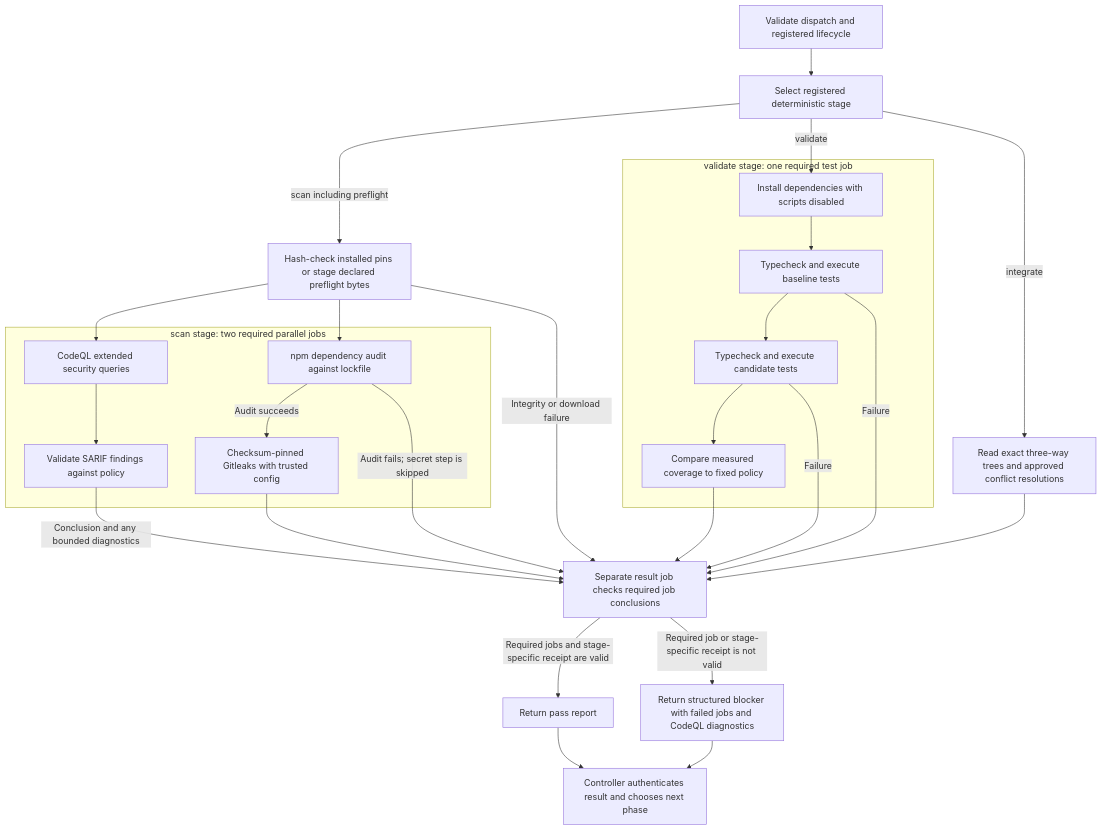
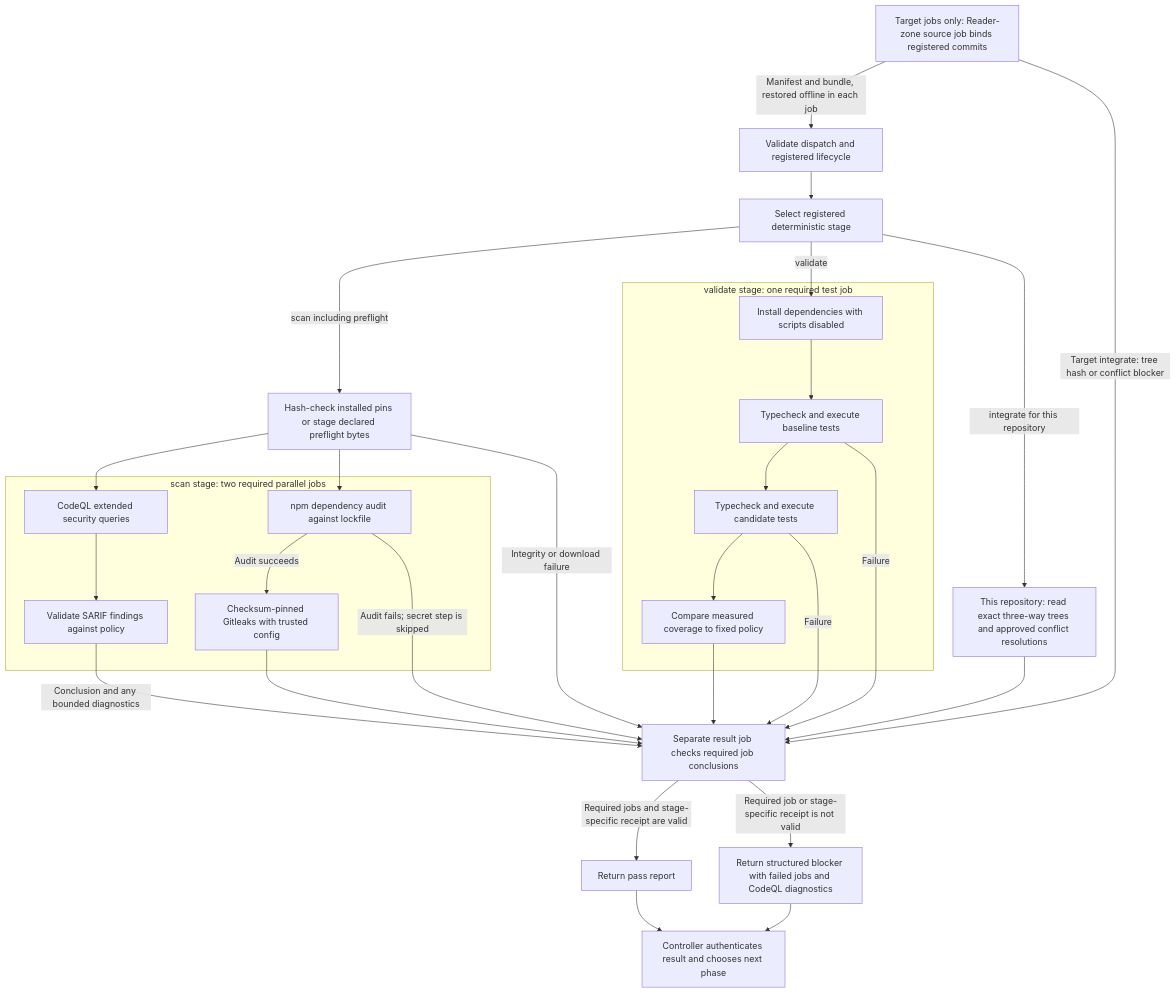
One commit to dav1dc-github-cs-org/sdlc-pilot-control changed the fifth of 9 diagrams in docs/architecture.md. Above: the diagram before and after it, drawn with Mermaid. The commit also changed other lines of this file and 15 other files, not shown here.

First line of the commit message:
Run SDLC workers against registered target source (#35, phase 3)

````diff
--- a/docs/architecture.md
+++ b/docs/architecture.md
@@ -566,41 +588,44 @@
 ```mermaid
 flowchart TD
+    GateSource["Target jobs only: Reader-zone source job binds registered commits"]
     GatePrepare["Validate dispatch and registered lifecycle"]
     GateStage["Select registered deterministic stage"]
     GateDependencies["Hash-check installed pins or stage declared preflight bytes"]
     subgraph GateScan["scan stage: two required parallel jobs"]
         GateCodeQL["CodeQL extended security queries"]
         GateSarif["Validate SARIF findings against policy"]
         GateAudit["npm dependency audit against lockfile"]
         GateSecrets["Checksum-pinned Gitleaks with trusted config"]
     end
     subgraph GateTests["validate stage: one required test job"]
         GateInstall["Install dependencies with scripts disabled"]
         GateBaseline["Typecheck and execute baseline tests"]
         GateCandidate["Typecheck and execute candidate tests"]
         GateCoverage["Compare measured coverage to fixed policy"]
     end
     GateResult["Separate result job checks required job conclusions"]
-    GateIntegration["Read exact three-way trees and approved conflict resolutions"]
+    GateIntegration["This repository: read exact three-way trees and approved conflict resolutions"]
     GatePass["Return pass report"]
     GateFail["Return structured blocker with failed jobs and CodeQL diagnostics"]
     GateController["Controller authenticates result and chooses next phase"]
 
+    GateSource -->|"Manifest and bundle, restored offline in each job"| GatePrepare
+    GateSource -->|"Target integrate: tree hash or conflict blocker"| GateResult
     GatePrepare --> GateStage
     GateStage -->|"scan including preflight"| GateDependencies
     GateDependencies --> GateCodeQL --> GateSarif
     GateDependencies --> GateAudit -->|"Audit succeeds"| GateSecrets
     GateDependencies -->|"Integrity or download failure"| GateResult
     GateSarif -->|"Conclusion and any bounded diagnostics"| GateResult
     GateSecrets --> GateResult
     GateAudit -->|"Audit fails; secret step is skipped"| GateResult
     GateStage -->|"validate"| GateInstall --> GateBaseline
     GateBaseline --> GateCandidate --> GateCoverage --> GateResult
     GateBaseline -->|"Failure"| GateResult
     GateCandidate -->|"Failure"| GateResult
-    GateStage -->|"integrate"| GateIntegration --> GateResult
+    GateStage -->|"integrate for this repository"| GateIntegration --> GateResult
     GateResult -->|"Required jobs and stage-specific receipt are valid"| GatePass
     GateResult -->|"Required job or stage-specific receipt is not valid"| GateFail
     GatePass --> GateController
     GateFail --> GateController
 ```
````
